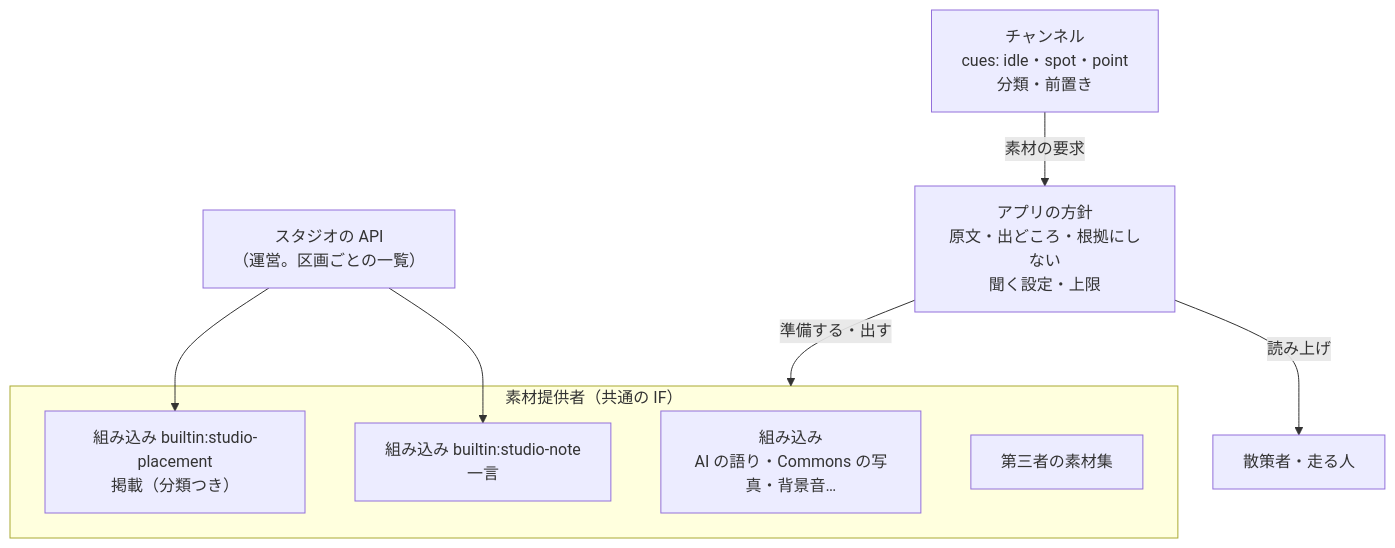
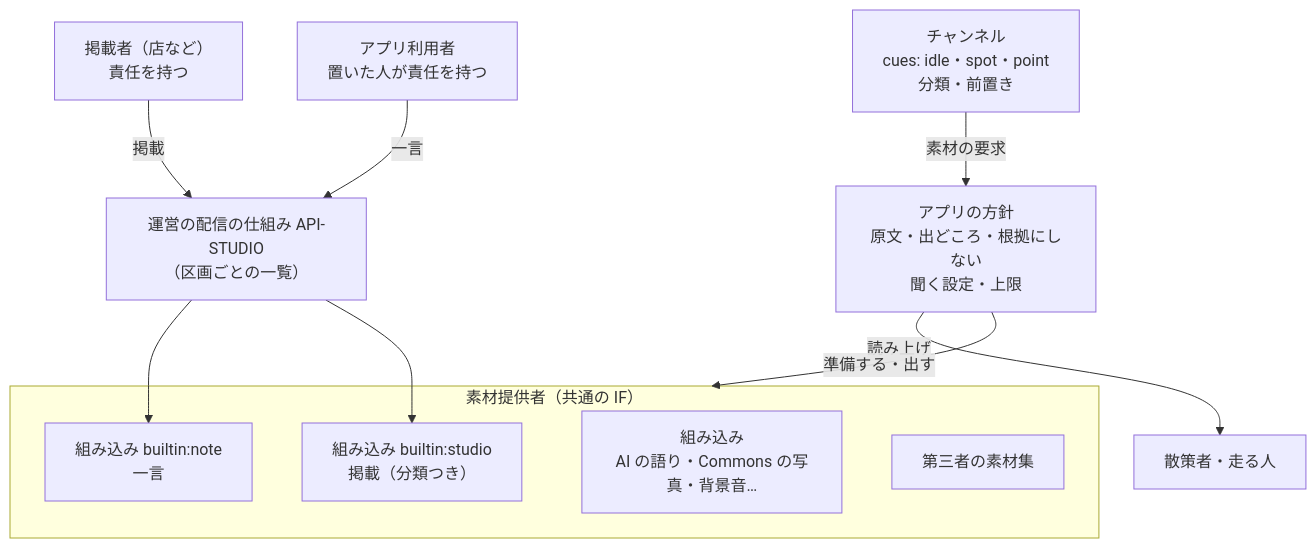
The diagram in docs/decisions/ADR-STUDIO-MATERIAL.md (duwenji/yorisoi-platform), drawn with Mermaid before and after one commit. The commit also changed other lines of this file and 1 other file, not shown here.

Commit message:
docs: ADR-STUDIO-MATERIAL スタジオは店などの掲載、一言は利用者の投稿と用語を切り分ける

````diff
--- a/docs/decisions/ADR-STUDIO-MATERIAL.md
+++ b/docs/decisions/ADR-STUDIO-MATERIAL.md
@@ -66,13 +69,15 @@
 ```mermaid
 flowchart TB
     subgraph 素材提供者["素材提供者（共通の IF）"]
         B["組み込み<br/>AI の語り・Commons の写真・背景音…"]
-        SN["組み込み builtin:studio-note<br/>一言"]
-        SP["組み込み builtin:studio-placement<br/>掲載（分類つき）"]
+        SN["組み込み builtin:note<br/>一言"]
+        SP["組み込み builtin:studio<br/>掲載（分類つき）"]
         T["第三者の素材集"]
     end
-    ST["スタジオの API<br/>（運営。区画ごとの一覧）"] --> SN & SP
+    ST["運営の配信の仕組み API-STUDIO<br/>（区画ごとの一覧）"] --> SN & SP
+    PB["掲載者（店など）<br/>責任を持つ"] -- "掲載" --> ST
+    US["アプリ利用者<br/>置いた人が責任を持つ"] -- "一言" --> ST
     CH["チャンネル<br/>cues: idle・spot・point<br/>分類・前置き"] -- "素材の要求" --> A
     A["アプリの方針<br/>原文・出どころ・根拠にしない<br/>聞く設定・上限"] -- "準備する・出す" --> 素材提供者
     A -- "読み上げ" --> U["散策者・走る人"]
 ```
````
